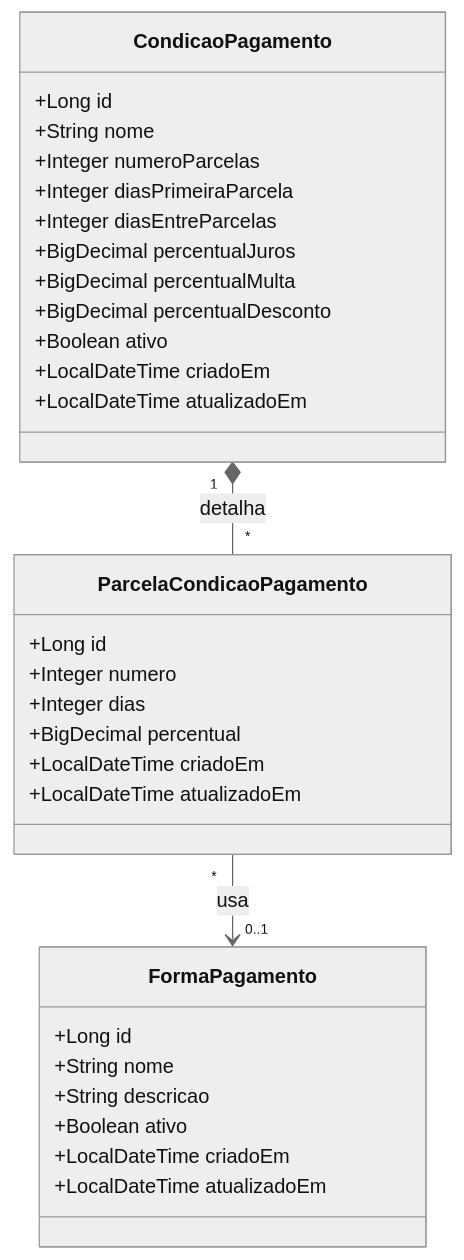
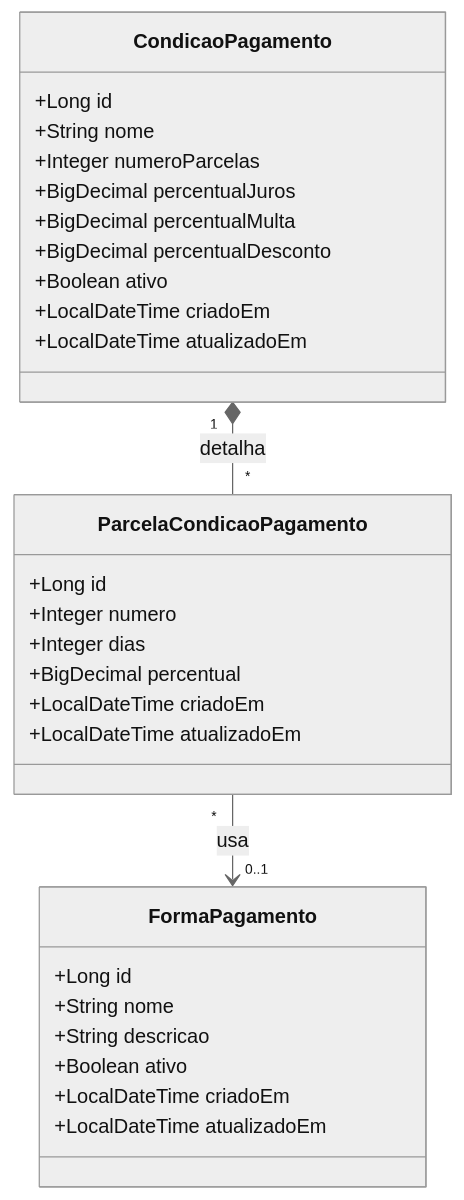
One commit to ilann47/SI__Ilan_Wendling_2026-api changed the fourth of 8 diagrams in docs/especificacao/08-diagramas-classe.md. Above: the diagram before and after it, drawn with Mermaid (neutral theme). The commit also changed 11 other files, not shown here.

````diff
--- a/docs/especificacao/08-diagramas-classe.md
+++ b/docs/especificacao/08-diagramas-classe.md
@@ -251,35 +251,33 @@
 ```mermaid
 classDiagram
     class FormaPagamento {
         +Long id
         +String nome
         +String descricao
         +Boolean ativo
         +LocalDateTime criadoEm
         +LocalDateTime atualizadoEm
     }
     class CondicaoPagamento {
         +Long id
         +String nome
         +Integer numeroParcelas
-        +Integer diasPrimeiraParcela
-        +Integer diasEntreParcelas
         +BigDecimal percentualJuros
         +BigDecimal percentualMulta
         +BigDecimal percentualDesconto
         +Boolean ativo
         +LocalDateTime criadoEm
         +LocalDateTime atualizadoEm
     }
     class ParcelaCondicaoPagamento {
         +Long id
         +Integer numero
         +Integer dias
         +BigDecimal percentual
         +LocalDateTime criadoEm
         +LocalDateTime atualizadoEm
     }
 
     CondicaoPagamento "1" *-- "*" ParcelaCondicaoPagamento : detalha
     ParcelaCondicaoPagamento "*" --> "0..1" FormaPagamento : usa
 ```
````
